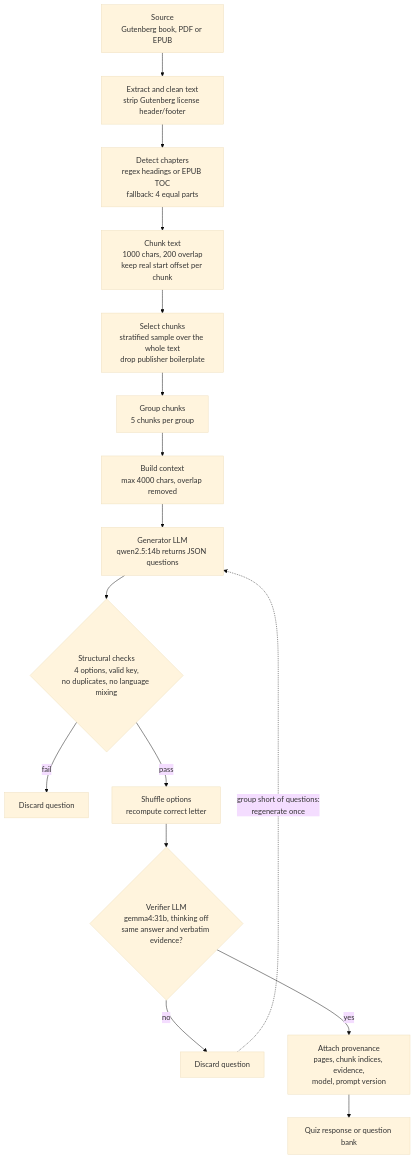
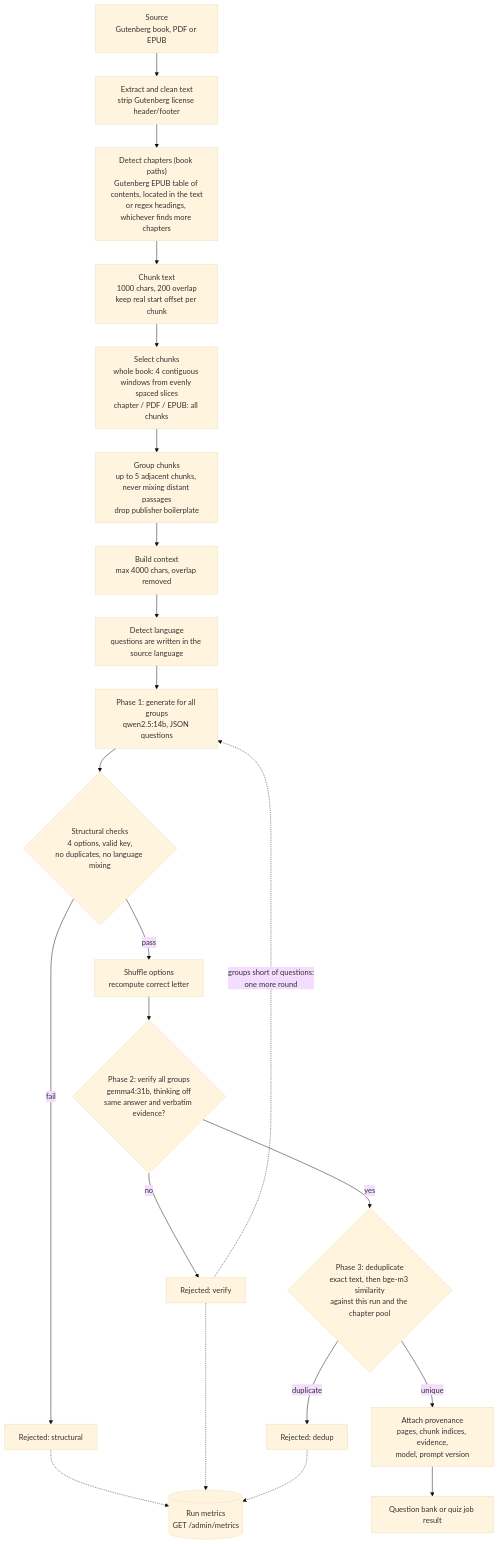
Before and after one commit to Enki013/context-rag: the second of 3 diagrams in README.md, drawn with Mermaid (base theme). The commit also changed other lines of this file and 23 other files, not shown here.

````diff
--- a/README.md
+++ b/README.md
@@ -13,18 +37,22 @@
 ```mermaid
 flowchart TD
     A["Source<br/>Gutenberg book, PDF or EPUB"] --> B["Extract and clean text<br/>strip Gutenberg license header/footer"]
-    B --> C["Detect chapters<br/>regex headings or EPUB TOC<br/>fallback: 4 equal parts"]
+    B --> C["Detect chapters (book paths)<br/>Gutenberg EPUB table of contents, located in the text<br/>or regex headings, whichever finds more chapters"]
     C --> D["Chunk text<br/>1000 chars, 200 overlap<br/>keep real start offset per chunk"]
-    D --> E["Select chunks<br/>stratified sample over the whole text<br/>drop publisher boilerplate"]
-    E --> F["Group chunks<br/>5 chunks per group"]
+    D --> E["Select chunks<br/>whole book: 4 contiguous windows from evenly spaced slices<br/>chapter / PDF / EPUB: all chunks"]
+    E --> F["Group chunks<br/>up to 5 adjacent chunks, never mixing distant passages<br/>drop publisher boilerplate"]
     F --> G["Build context<br/>max 4000 chars, overlap removed"]
-    G --> H["Generator LLM<br/>qwen2.5:14b returns JSON questions"]
+    G --> LANG["Detect language<br/>questions are written in the source language"]
+    LANG --> H["Phase 1: generate for all groups<br/>qwen2.5:14b, JSON questions"]
     H --> I{"Structural checks<br/>4 options, valid key,<br/>no duplicates, no language mixing"}
-    I -- fail --> X1["Discard question"]
+    I -- fail --> X1["Rejected: structural"]
     I -- pass --> J["Shuffle options<br/>recompute correct letter"]
-    J --> K{"Verifier LLM<br/>gemma4:31b, thinking off<br/>same answer and verbatim evidence?"}
-    K -- no --> X2["Discard question"]
-    K -- yes --> L["Attach provenance<br/>pages, chunk indices, evidence,<br/>model, prompt version"]
-    X2 -. "group short of questions:<br/>regenerate once" .-> H
-    L --> M["Quiz response or question bank"]
+    J --> K{"Phase 2: verify all groups<br/>gemma4:31b, thinking off<br/>same answer and verbatim evidence?"}
+    K -- no --> X2["Rejected: verify"]
+    K -- yes --> DD{"Phase 3: deduplicate<br/>exact text, then bge-m3 similarity<br/>against this run and the chapter pool"}
+    DD -- duplicate --> X3["Rejected: dedup"]
+    DD -- unique --> L["Attach provenance<br/>pages, chunk indices, evidence,<br/>model, prompt version"]
+    X2 -. "groups short of questions:<br/>one more round" .-> H
+    L --> R["Question bank or quiz job result"]
+    X1 & X2 & X3 -.-> MET[("Run metrics<br/>GET /admin/metrics")]
 ```
````
